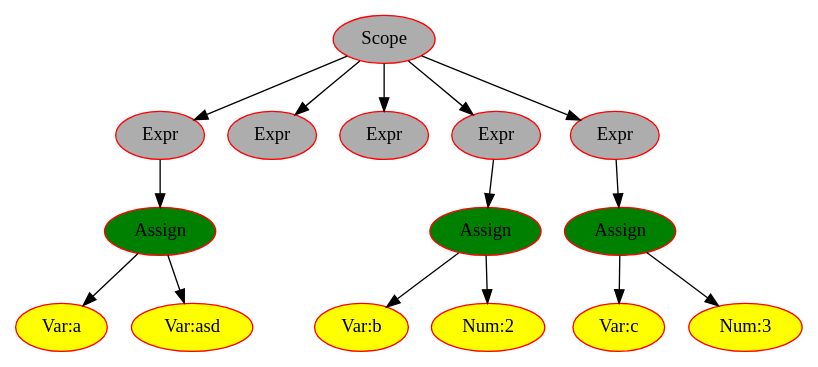
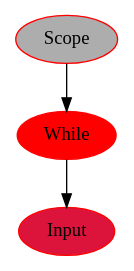
The diagram in bin/graph.dot (Zararest/2_5_ParaCL), drawn with Graphviz before and after one commit. The commit also changed 7 other files, not shown here.

```diff
--- a/bin/graph.dot
+++ b/bin/graph.dot
@@ -1,31 +1,7 @@
 digraph Dump{node[color=red,fontsize=14, style=filled]
-"0x5593c82527c0" [label = "Scope" fillcolor=grey68]
-"0x5593c82527c0" -> "0x5593c8252790"
-"0x5593c8252790" [label = "Expr" fillcolor=grey68]
-"0x5593c8252790" -> "0x5593c8252760"
-"0x5593c8252760" [label = "Assign" fillcolor=green]
-"0x5593c8252760" -> "0x5593c8252670"
-"0x5593c8252670" [label = "Var:a" fillcolor=yellow]
-"0x5593c8252760" -> "0x5593c8252710"
-"0x5593c8252710" [label = "Var:asd" fillcolor=yellow]
-"0x5593c82527c0" -> "0x5593c8252800"
-"0x5593c8252800" [label = "Expr" fillcolor=grey68]
-"0x5593c82527c0" -> "0x5593c8252dc0"
-"0x5593c8252dc0" [label = "Expr" fillcolor=grey68]
-"0x5593c82527c0" -> "0x5593c8252f30"
-"0x5593c8252f30" [label = "Expr" fillcolor=grey68]
-"0x5593c8252f30" -> "0x5593c8252c90"
-"0x5593c8252c90" [label = "Assign" fillcolor=green]
-"0x5593c8252c90" -> "0x5593c8252ea0"
-"0x5593c8252ea0" [label = "Var:b" fillcolor=yellow]
-"0x5593c8252c90" -> "0x5593c8252ef0"
-"0x5593c8252ef0" [label = "Num:2" fillcolor=yellow]
-"0x5593c82527c0" -> "0x5593c8253050"
-"0x5593c8253050" [label = "Expr" fillcolor=grey68]
-"0x5593c8253050" -> "0x5593c8253020"
-"0x5593c8253020" [label = "Assign" fillcolor=green]
-"0x5593c8253020" -> "0x5593c8252f90"
-"0x5593c8252f90" [label = "Var:c" fillcolor=yellow]
-"0x5593c8253020" -> "0x5593c8252fe0"
-"0x5593c8252fe0" [label = "Num:3" fillcolor=yellow]
+"0x556bb7bd5680" [label = "Scope" fillcolor=grey68]
+"0x556bb7bd5680" -> "0x556bb7bd5650"
+"0x556bb7bd5650" [label = "While" fillcolor=red]
+"0x556bb7bd5650" -> "0x556bb7bd5620"
+"0x556bb7bd5620" [label = "Input" fillcolor=crimson]
 }
```
